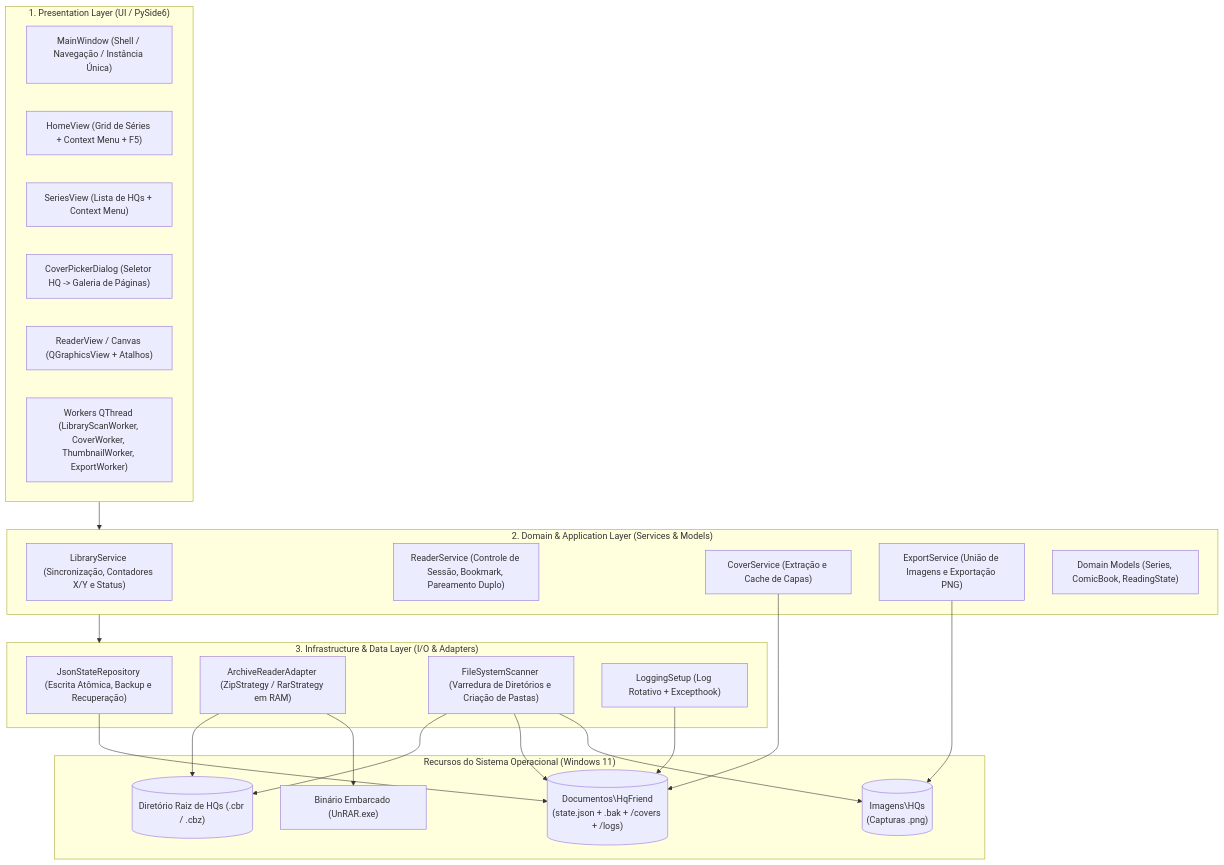
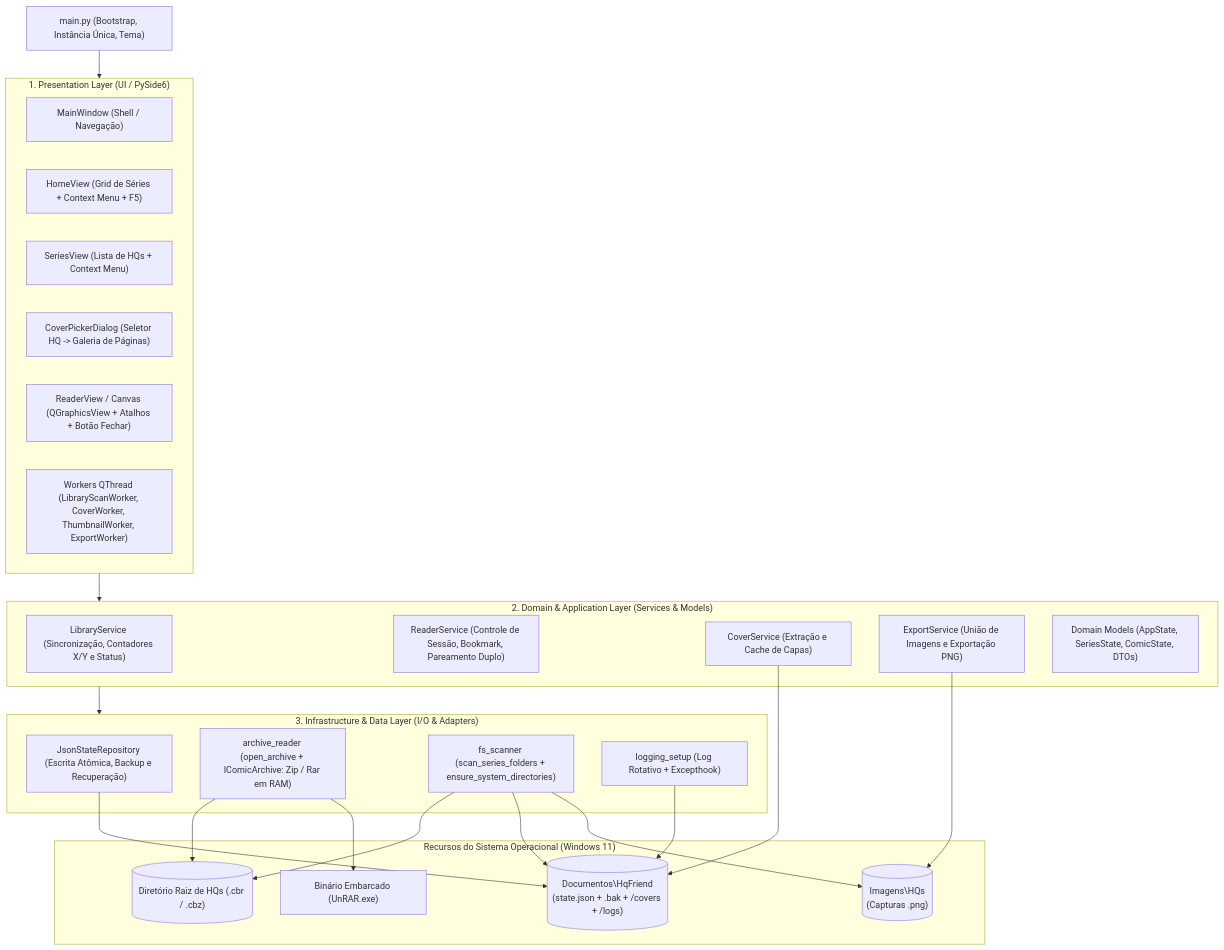
One commit to Pedrohcs/HqFriend changed the first of 4 diagrams in docs/specs/ARQUITETURA.md. Above: the diagram before and after it, drawn with Mermaid. The commit also changed other lines of this file and 14 other files, not shown here.

````diff
--- a/docs/specs/ARQUITETURA.md
+++ b/docs/specs/ARQUITETURA.md
@@ -21,47 +21,50 @@
 ```mermaid
 graph TB
     subgraph Presentation ["1. Presentation Layer (UI / PySide6)"]
-        MainWindow["MainWindow (Shell / Navegação / Instância Única)"]
+        MainWindow["MainWindow (Shell / Navegação)"]
         HomeView["HomeView (Grid de Séries + Context Menu + F5)"]
         SeriesView["SeriesView (Lista de HQs + Context Menu)"]
         CoverPickerModal["CoverPickerDialog (Seletor HQ -> Galeria de Páginas)"]
-        ReaderView["ReaderView / Canvas (QGraphicsView + Atalhos)"]
+        ReaderView["ReaderView / Canvas (QGraphicsView + Atalhos + Botão Fechar)"]
         Workers["Workers QThread (LibraryScanWorker, CoverWorker, ThumbnailWorker, ExportWorker)"]
     end
 
     subgraph Application ["2. Domain & Application Layer (Services & Models)"]
         LibraryService["LibraryService (Sincronização, Contadores X/Y e Status)"]
         ReaderService["ReaderService (Controle de Sessão, Bookmark, Pareamento Duplo)"]
         CoverService["CoverService (Extração e Cache de Capas)"]
         ExportService["ExportService (União de Imagens e Exportação PNG)"]
-        DomainModels["Domain Models (Series, ComicBook, ReadingState)"]
+        DomainModels["Domain Models (AppState, SeriesState, ComicState, DTOs)"]
     end
 
     subgraph Infrastructure ["3. Infrastructure & Data Layer (I/O & Adapters)"]
         JsonRepo["JsonStateRepository (Escrita Atômica, Backup e Recuperação)"]
-        ArchiveAdapter["ArchiveReaderAdapter (ZipStrategy / RarStrategy em RAM)"]
-        FsScanner["FileSystemScanner (Varredura de Diretórios e Criação de Pastas)"]
-        Logging["LoggingSetup (Log Rotativo + Excepthook)"]
+        ArchiveAdapter["archive_reader (open_archive + IComicArchive: Zip / Rar em RAM)"]
+        FsScanner["fs_scanner (scan_series_folders + ensure_system_directories)"]
+        Logging["logging_setup (Log Rotativo + Excepthook)"]
     end
+
+    Entry["main.py (Bootstrap, Instância Única, Tema)"]
 
     subgraph External ["Recursos do Sistema Operacional (Windows 11)"]
         RootDir[("Diretório Raiz de HQs (.cbr / .cbz)")]
         AppDataDir[("Documentos\HqFriend\n(state.json + .bak + /covers + /logs)")]
         ExportDir[("Imagens\HQs\n(Capturas .png)")]
         UnrarBin["Binário Embarcado (UnRAR.exe)"]
     end
 
     %% Relacionamentos entre camadas
+    Entry --> Presentation
     Presentation --> Application
     Application --> Infrastructure
 
     FsScanner --> RootDir
     FsScanner --> AppDataDir
     FsScanner --> ExportDir
     JsonRepo --> AppDataDir
     Logging --> AppDataDir
     CoverService --> AppDataDir
     ExportService --> ExportDir
     ArchiveAdapter --> RootDir
     ArchiveAdapter --> UnrarBin
 ```
````
